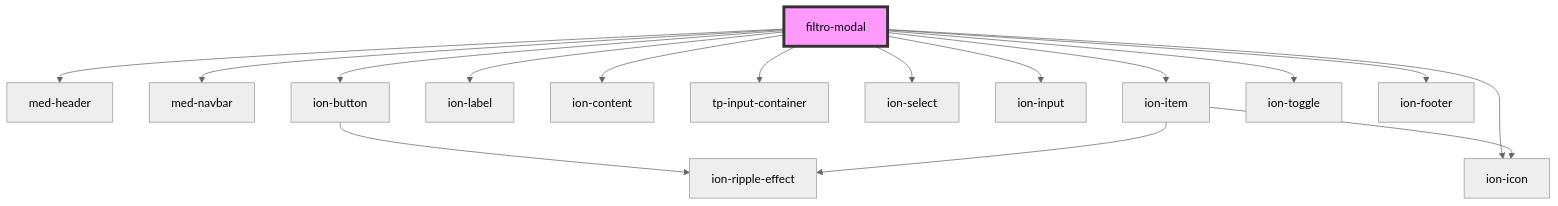
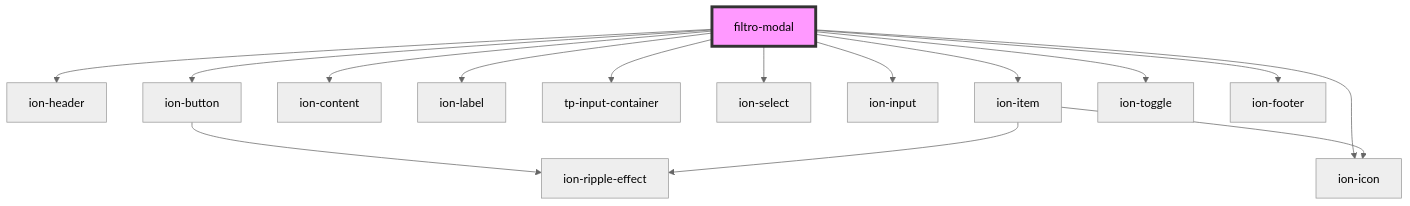
Before and after one commit to MEDGRUPOGIT/ionic-framework-1: the diagram in core/src/components/@templarios/ionic-1-migracao/duvidas-academicas/filtro-modal/readme.md, drawn with Mermaid (neutral theme). The commit also changed other lines of this file and 19 other files, not shown here.

````diff
--- a/core/src/components/@templarios/ionic-1-migracao/duvidas-academicas/filtro-modal/readme.md
+++ b/core/src/components/@templarios/ionic-1-migracao/duvidas-academicas/filtro-modal/readme.md
@@ -26,19 +25,18 @@
 ```mermaid
 graph TD;
-  filtro-modal --> med-header
-  filtro-modal --> med-navbar
+  filtro-modal --> ion-header
   filtro-modal --> ion-button
   filtro-modal --> ion-icon
+  filtro-modal --> ion-content
   filtro-modal --> ion-label
-  filtro-modal --> ion-content
   filtro-modal --> tp-input-container
   filtro-modal --> ion-select
   filtro-modal --> ion-input
   filtro-modal --> ion-item
   filtro-modal --> ion-toggle
   filtro-modal --> ion-footer
   ion-button --> ion-ripple-effect
   ion-item --> ion-icon
   ion-item --> ion-ripple-effect
   style filtro-modal fill:#f9f,stroke:#333,stroke-width:4px
 ```
````
